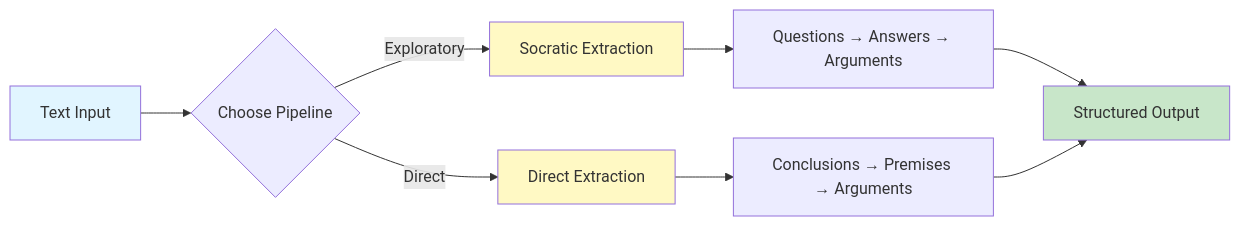
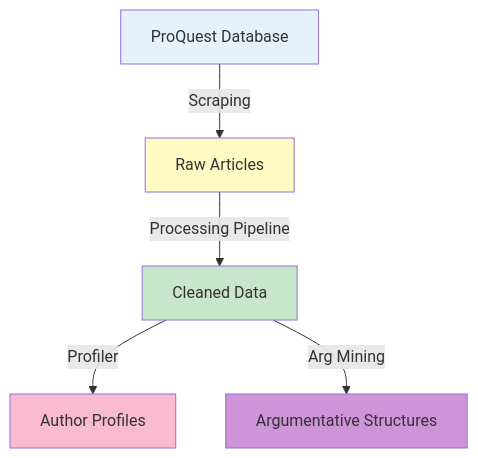
Before and after one commit to JuanReyes01/econ_comm_analysis: the diagram in README.md, drawn with Mermaid. The commit also changed other lines of this file and 37 other files, not shown here.

````diff
--- a/README.md
+++ b/README.md
@@ -96,15 +275,13 @@
 ```mermaid
-flowchart LR
-    A[Text Input] --> B{Choose Pipeline}
-    B -->|Exploratory| C[Socratic Extraction]
-    B -->|Direct| D[Direct Extraction]
-    C --> E[Questions → Answers → Arguments]
-    D --> F[Conclusions → Premises → Arguments]
-    E --> G[Structured Output]
-    F --> G
+flowchart TB
+    A[ProQuest Database] -->|Scraping| B[Raw Articles]
+    B -->|Processing Pipeline| C[Cleaned Data]
+    C -->|Profiler| D[Author Profiles]
+    C -->|Arg Mining| E[Argumentative Structures]
     
-    style A fill:#e1f5ff
-    style G fill:#c8e6c9
-    style C fill:#fff9c4
-    style D fill:#fff9c4
+    style A fill:#e3f2fd
+    style B fill:#fff9c4
+    style C fill:#c8e6c9
+    style D fill:#f8bbd0
+    style E fill:#ce93d8
 ```
````
